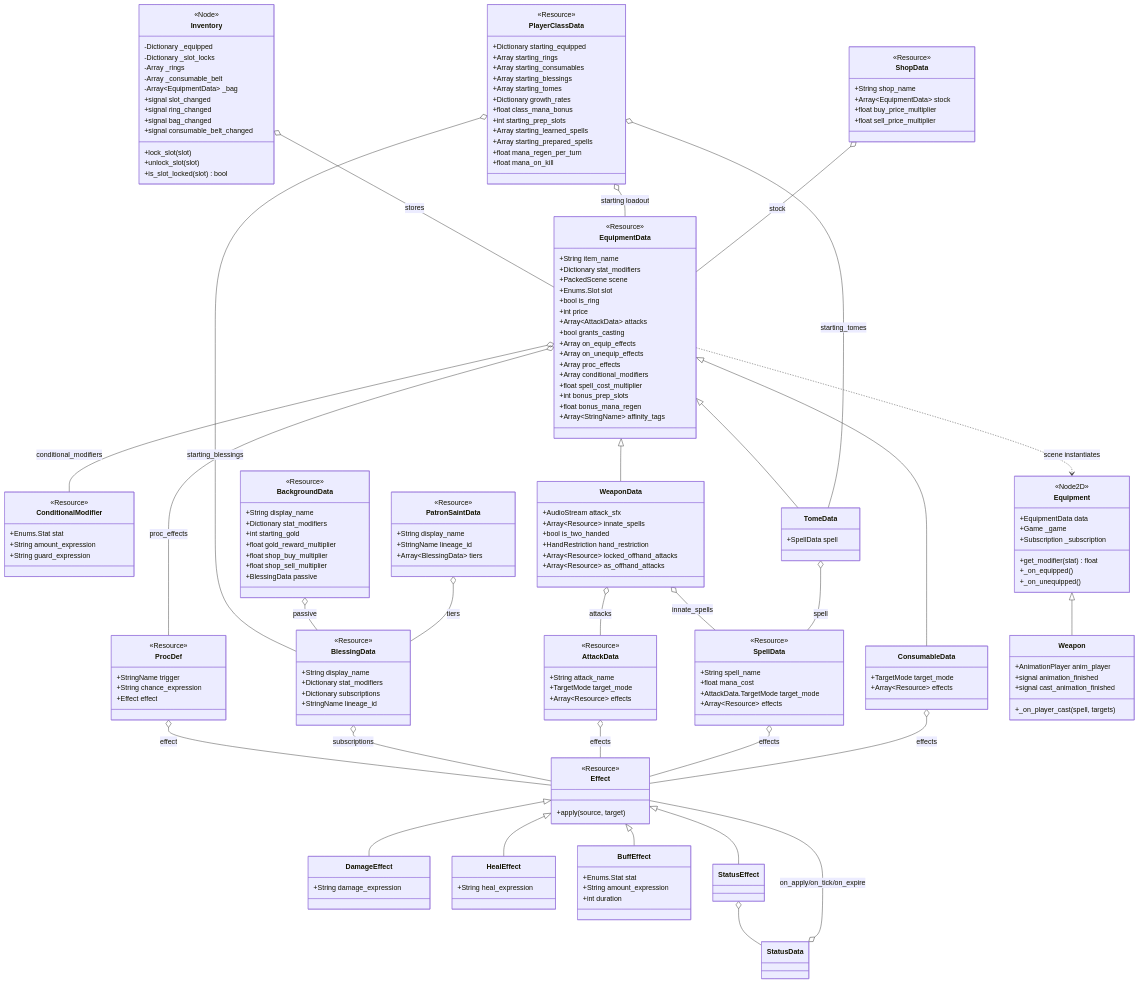
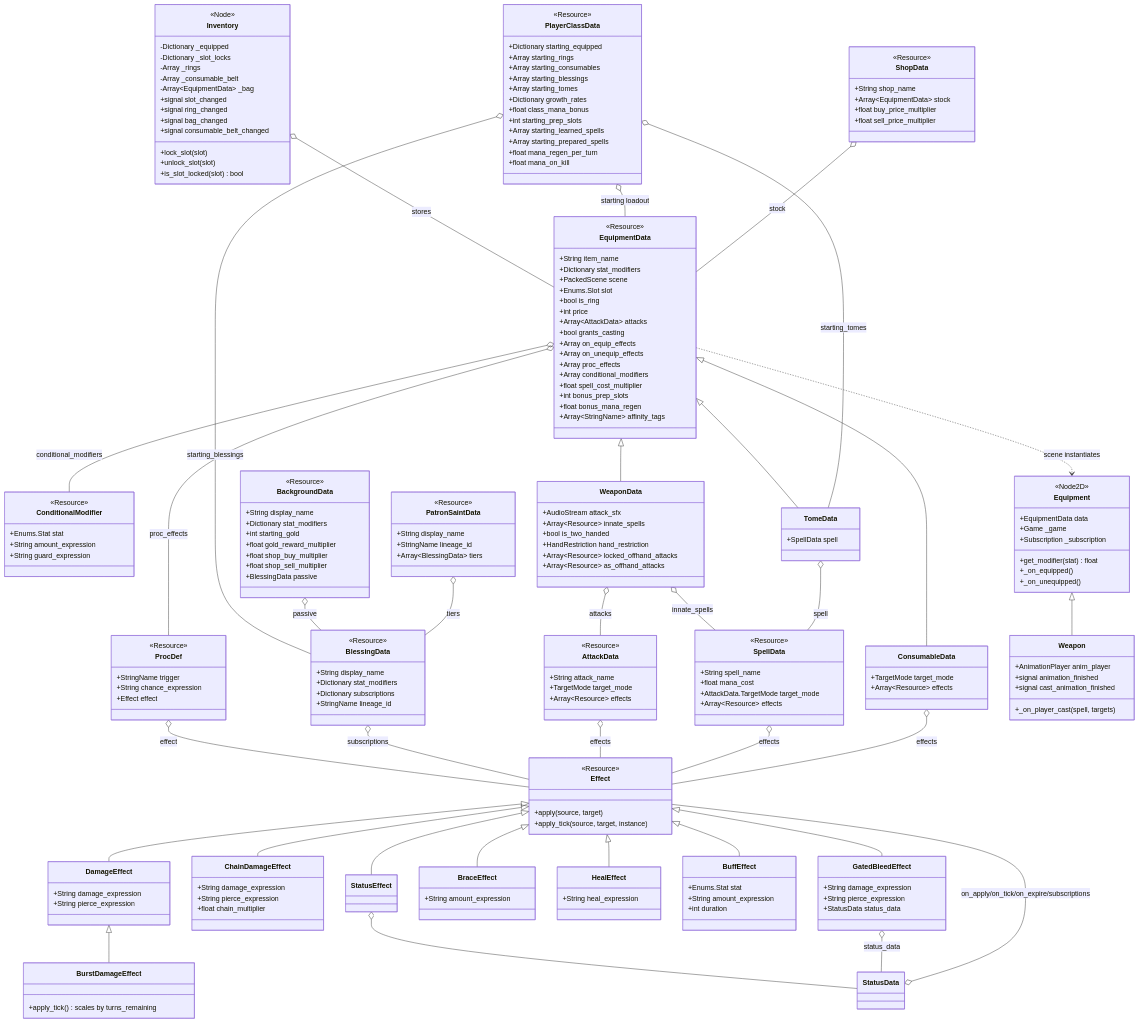
One commit to mjholder/crawler changed the fourth of 5 diagrams in journal/architecture.md. Above: the diagram before and after it, drawn with Mermaid. The commit also changed other lines of this file and 25 other files, not shown here.

````diff
--- a/journal/architecture.md
+++ b/journal/architecture.md
@@ -348,9 +348,27 @@
     class Effect {
         <<Resource>>
         +apply(source, target)
+        +apply_tick(source, target, instance)
     }
     class DamageEffect {
         +String damage_expression
+        +String pierce_expression
+    }
+    class BurstDamageEffect {
+        +apply_tick() scales by turns_remaining
+    }
+    class ChainDamageEffect {
+        +String damage_expression
+        +String pierce_expression
+        +float chain_multiplier
+    }
+    class GatedBleedEffect {
+        +String damage_expression
+        +String pierce_expression
+        +StatusData status_data
+    }
+    class BraceEffect {
+        +String amount_expression
     }
     class HealEffect {
         +String heal_expression
@@ -466,6 +484,11 @@
     Effect <|-- HealEffect
     Effect <|-- BuffEffect
     Effect <|-- StatusEffect
+    Effect <|-- ChainDamageEffect
+    Effect <|-- GatedBleedEffect
+    Effect <|-- BraceEffect
+    DamageEffect <|-- BurstDamageEffect
     StatusEffect o-- StatusData
-    StatusData o-- Effect : on_apply/on_tick/on_expire
+    GatedBleedEffect o-- StatusData : status_data
+    StatusData o-- Effect : on_apply/on_tick/on_expire/subscriptions
 ```
````
